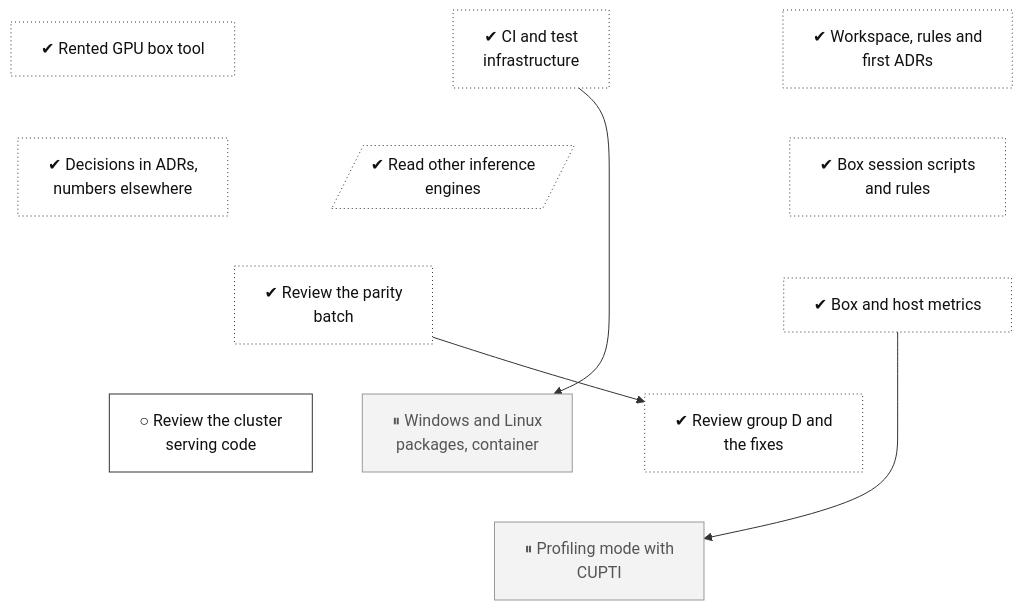
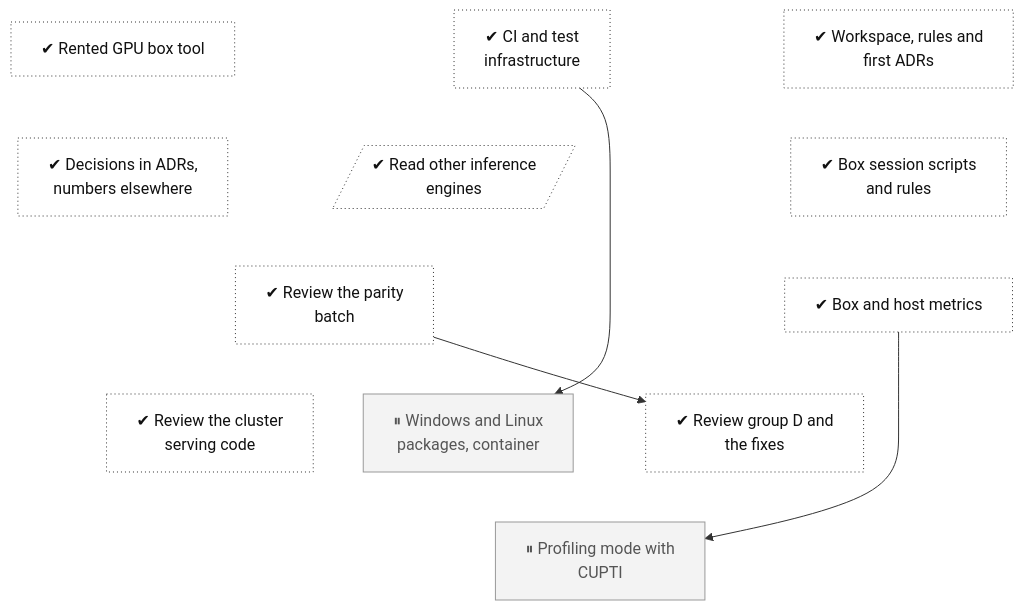
One commit to lhns/tetraeder changed the diagram in docs/roadmap/tracks/ops.md. Above: the diagram before and after it, drawn with Mermaid. The commit also changed other lines of this file and 3 other files, not shown here.

Commit message:
Tree: ops-review-phase6-serving done (CI run 45528294401) (not measured)

````diff
--- a/docs/roadmap/tracks/ops.md
+++ b/docs/roadmap/tracks/ops.md
@@ -10,47 +10,46 @@
 ```mermaid
 flowchart TB
     ops_foundations["✔ Workspace, rules and<br/>first ADRs"]
     ops_ci["✔ CI and test<br/>infrastructure"]
     ops_taxameter["✔ Rented GPU box tool"]
     ops_box_driver["✔ Box session scripts<br/>and rules"]
     ops_external_reads[/"✔ Read other inference<br/>engines"/]
     ops_docs["✔ Decisions in ADRs,<br/>numbers elsewhere"]
     ops_telemetry["✔ Box and host metrics"]
     ops_review_parity_batch["✔ Review the parity<br/>batch"]
     ops_review_group_d["✔ Review group D and<br/>the fixes"]
-    ops_review_phase6_serving["○ Review the cluster<br/>serving code"]
+    ops_review_phase6_serving["✔ Review the cluster<br/>serving code"]
     ops_packages["⏸ Windows and Linux<br/>packages, container"]
     ops_profiling_mode["⏸ Profiling mode with<br/>CUPTI"]
     ops_foundations ~~~ ops_box_driver
     ops_ci ~~~ ops_external_reads
     ops_taxameter ~~~ ops_docs
     ops_box_driver ~~~ ops_telemetry
     ops_external_reads ~~~ ops_review_parity_batch
     ops_docs ~~~ ops_review_parity_batch
     ops_telemetry ~~~ ops_review_group_d
     ops_review_parity_batch ~~~ ops_review_phase6_serving
     ops_review_parity_batch ~~~ ops_packages
     ops_review_group_d ~~~ ops_profiling_mode
     ops_review_phase6_serving ~~~ ops_profiling_mode
     ops_packages ~~~ ops_profiling_mode
     ops_review_parity_batch --> ops_review_group_d
     ops_ci --> ops_packages
     ops_telemetry --> ops_profiling_mode
     classDef vsucc fill:#2e9e4f,stroke:#1b6b34,color:#fff
     classDef succ fill:#bfe8c8,stroke:#2e9e4f,color:#111
     classDef mixed fill:#ffd37a,stroke:#c98a00,color:#111
     classDef bad fill:#f28b82,stroke:#b3261e,color:#111
     classDef dead fill:#e6e6e6,stroke:#777,stroke-dasharray:5 5,color:#555
     classDef inprog fill:#a8cdf5,stroke:#1f6fc5,color:#111
     classDef next fill:#fff,stroke:#333,color:#111
     classDef blocked fill:#fff,stroke:#b3261e,stroke-dasharray:2 2,color:#111
     classDef parked fill:#f3f3f3,stroke:#999,color:#555
     classDef unrated fill:#fff,stroke:#333,stroke-dasharray:1 3,color:#111
     classDef gate fill:#d9c2f0,stroke:#7b3fb5,color:#111
     classDef decided fill:#ece0f7,stroke:#7b3fb5,stroke-dasharray:2 2,color:#111
     classDef finding fill:#ffe0b2,stroke:#d84315,stroke-width:2px,color:#111
     classDef waiting fill:#e3f2fd,stroke:#1f6fc5,stroke-dasharray:5 5,color:#111
-    class ops_foundations,ops_ci,ops_taxameter,ops_box_driver,ops_external_reads,ops_docs,ops_telemetry,ops_review_parity_batch,ops_review_group_d unrated
-    class ops_review_phase6_serving next
+    class ops_foundations,ops_ci,ops_taxameter,ops_box_driver,ops_external_reads,ops_docs,ops_telemetry,ops_review_parity_batch,ops_review_group_d,ops_review_phase6_serving unrated
     class ops_packages,ops_profiling_mode parked
 ```
````
